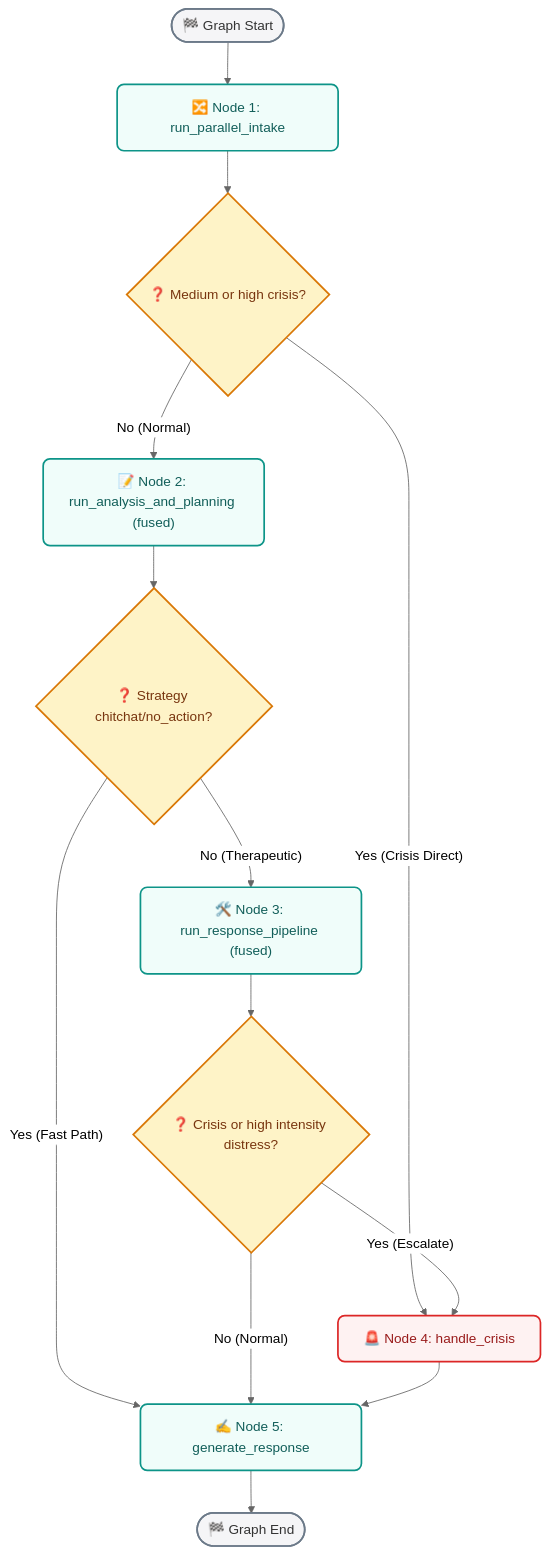
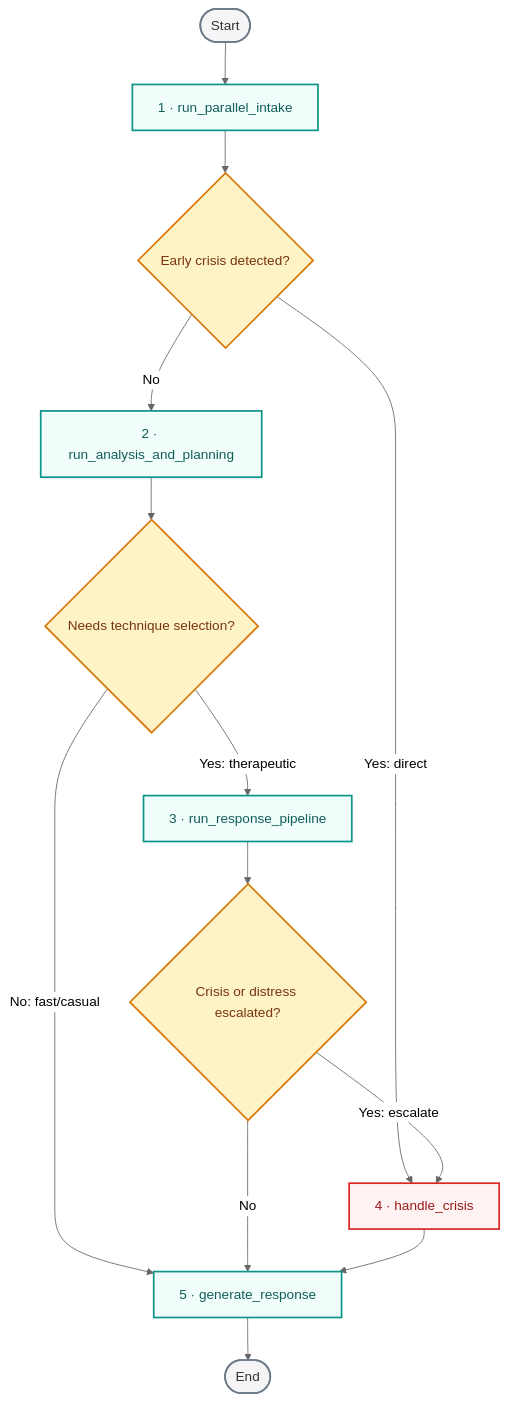
One commit to taha-mehmood-03/Personlaized-Trainer-Using-Agentic-AI changed the fifth of 18 diagrams in README.md. Above: the diagram before and after it, drawn with Mermaid (neutral theme). The commit also changed other lines of this file and 36 other files, not shown here.

````diff
--- a/README.md
+++ b/README.md
@@ -390,32 +529,27 @@
 ```mermaid
 flowchart TD
-    %% Class Definitions
-    classDef startend fill:#F5F5F7,stroke:#6C7A89,stroke-width:2px,color:#333,rx:20px,ry:20px;
-    classDef node fill:#F0FDFA,stroke:#0D9488,stroke-width:2px,color:#115E59,rx:8px,ry:8px;
-    classDef decision fill:#FEF3C7,stroke:#D97706,stroke-width:2px,color:#78350F;
-    classDef crisis fill:#FEF2F2,stroke:#DC2626,stroke-width:2px,color:#991B1B,rx:8px,ry:8px;
+    classDef startend fill:#F5F5F7,stroke:#6C7A89,stroke-width:2px,color:#333
+    classDef node fill:#F0FDFA,stroke:#0D9488,stroke-width:2px,color:#115E59
+    classDef decision fill:#FEF3C7,stroke:#D97706,stroke-width:2px,color:#78350F
+    classDef crisis fill:#FEF2F2,stroke:#DC2626,stroke-width:2px,color:#991B1B
 
-    Start([🏁 Graph Start]):::startend
-    Intake["🔀 Node 1: run_parallel_intake"]:::node
-    IntakeRoute{"❓ Medium or high crisis?"}:::decision
-    Planning["📝 Node 2: run_analysis_and_planning (fused)"]:::node
-    PlanningRoute{"❓ Strategy chitchat/no_action?"}:::decision
-    Pipeline["🛠️ Node 3: run_response_pipeline (fused)"]:::node
-    PipelineRoute{"❓ Crisis or high intensity distress?"}:::decision
-    Crisis["🚨 Node 4: handle_crisis"]:::crisis
-    Response["✍️ Node 5: generate_response"]:::node
-    End([🏁 Graph End]):::startend
+    Start([Start]):::startend
+    Intake["1 · run_parallel_intake"]:::node
+    CrisisGate{"Early crisis detected?"}:::decision
+    Planning["2 · run_analysis_and_planning"]:::node
+    NeedsPipeline{"Needs technique selection?"}:::decision
+    Pipeline["3 · run_response_pipeline"]:::node
+    PipelineCrisis{"Crisis or distress escalated?"}:::decision
+    Crisis["4 · handle_crisis"]:::crisis
+    Response["5 · generate_response"]:::node
+    End([End]):::startend
 
-    Start --> Intake
-    Intake --> IntakeRoute
-    IntakeRoute -- Yes (Crisis Direct) --> Crisis
-    IntakeRoute -- No (Normal) --> Planning
-    Planning --> PlanningRoute
-    PlanningRoute -- Yes (Fast Path) --> Response
-    PlanningRoute -- No (Therapeutic) --> Pipeline
-    Pipeline --> PipelineRoute
-    PipelineRoute -- Yes (Escalate) --> Crisis
-    PipelineRoute -- No (Normal) --> Response
-    Crisis --> Response
-    Response --> End
+    Start --> Intake --> CrisisGate
+    CrisisGate -- Yes: direct --> Crisis
+    CrisisGate -- No --> Planning --> NeedsPipeline
+    NeedsPipeline -- No: fast/casual --> Response
+    NeedsPipeline -- Yes: therapeutic --> Pipeline --> PipelineCrisis
+    PipelineCrisis -- Yes: escalate --> Crisis
+    PipelineCrisis -- No --> Response
+    Crisis --> Response --> End
 ```
````
